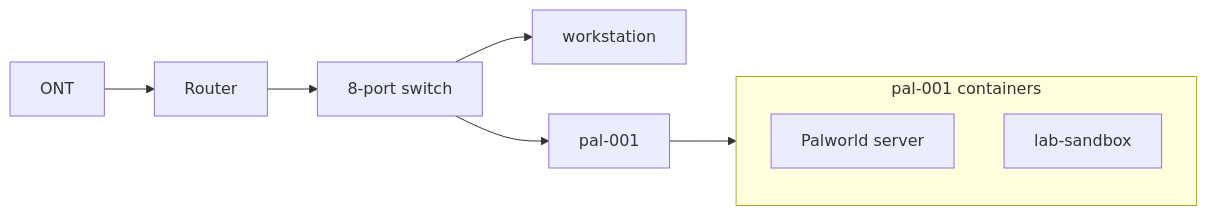
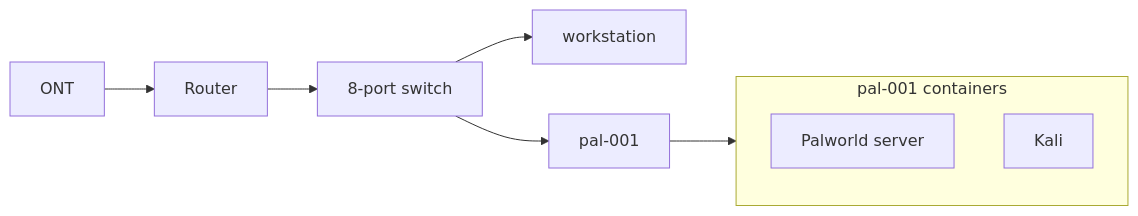
Before and after one commit to Azzy226/homelab: the diagram in README.md, drawn with Mermaid. The commit also changed other lines of this file, not shown here.

First line of the commit message:
Name Kali in diagram and docs, keep path hidden

````diff
--- a/README.md
+++ b/README.md
@@ -21,12 +21,12 @@
 ```mermaid
 flowchart LR
     ONT[ONT] --> RTR[Router]
     RTR --> SW[8-port switch]
     SW --> WS[workstation]
     SW --> SRV[pal-001]
     subgraph PALC[pal-001 containers]
         GAME[Palworld server]
-        SBX[lab-sandbox]
+        SBX[Kali]
     end
     SRV --> PALC
 ```
````
